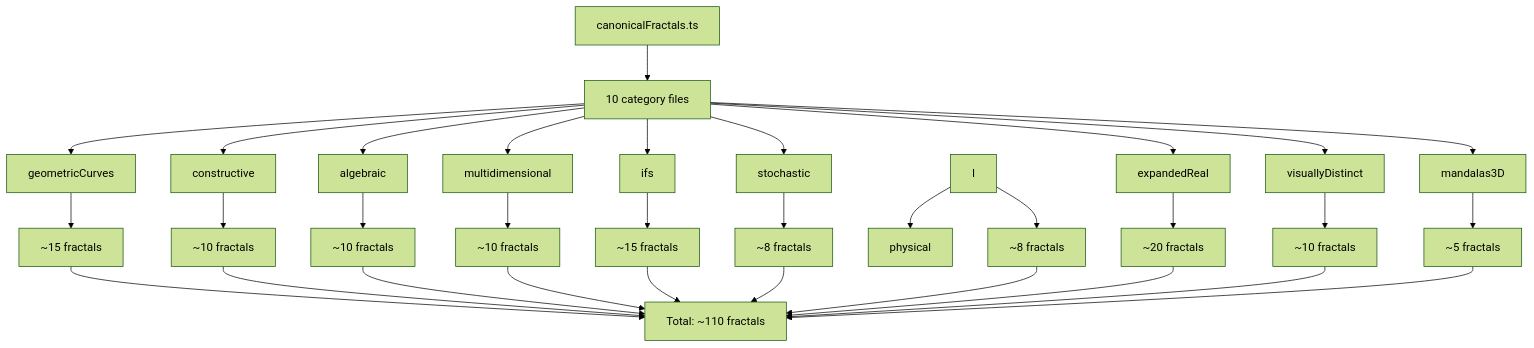
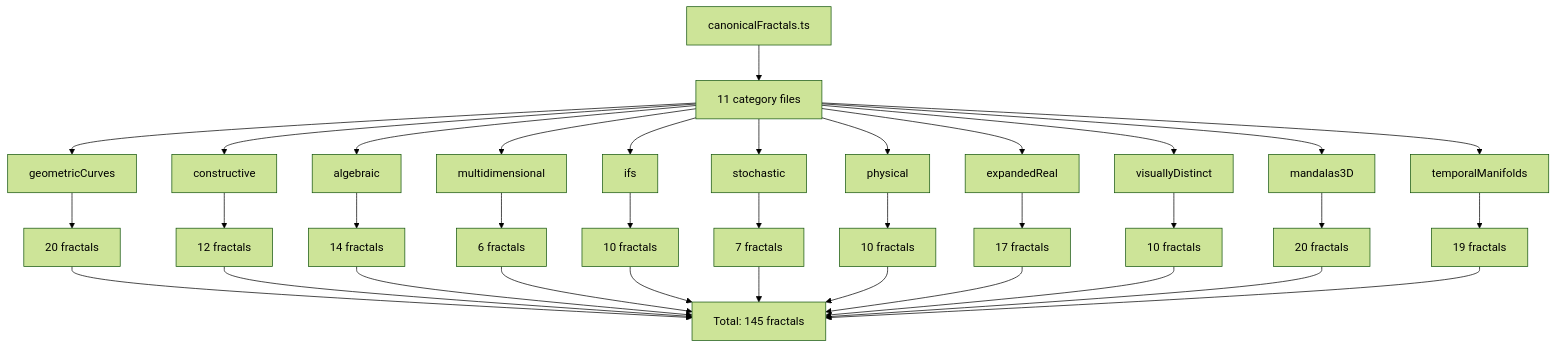
One commit to bouncemonster/swype-imagine changed the seventh of 10 diagrams in docs/ARCHITECTURE_DIAGRAMS.md. Above: the diagram before and after it, drawn with Mermaid (forest theme). The commit also changed other lines of this file and 55 other files, not shown here.

````diff
--- a/docs/ARCHITECTURE_DIAGRAMS.md
+++ b/docs/ARCHITECTURE_DIAGRAMS.md
@@ -169,36 +167,39 @@
 ```mermaid
 graph TB
-    A[canonicalFractals.ts] --> B[10 category files]
+    A[canonicalFractals.ts] --> B[11 category files]
     B --> C[geometricCurves]
     B --> D[constructive]
     B --> E[algebraic]
     B --> F[multidimensional]
     B --> G[ifs]
     B --> H[stochastic]
-    I --> J[physical]
+    B --> I[physical]
     B --> K[expandedReal]
     B --> L[visuallyDistinct]
     B --> M[mandalas3D]
+    B --> Y[temporalManifolds]
     
-    C --> N[~15 fractals]
-    D --> O[~10 fractals]
-    E --> P[~10 fractals]
-    F --> Q[~10 fractals]
-    G --> R[~15 fractals]
-    H --> S[~8 fractals]
-    I --> T[~8 fractals]
-    K --> U[~20 fractals]
-    L --> V[~10 fractals]
-    M --> W[~5 fractals]
+    C --> N[20 fractals]
+    D --> O[12 fractals]
+    E --> P[14 fractals]
+    F --> Q[6 fractals]
+    G --> R[10 fractals]
+    H --> S[7 fractals]
+    I --> T[10 fractals]
+    K --> U[17 fractals]
+    L --> V[10 fractals]
+    M --> W[20 fractals]
+    Y --> Z[19 fractals]
     
-    N --> X[Total: ~110 fractals]
+    N --> X[Total: 145 fractals]
     O --> X
     P --> X
     Q --> X
     R --> X
     S --> X
     T --> X
     U --> X
     V --> X
     W --> X
+    Z --> X
 ```
````
